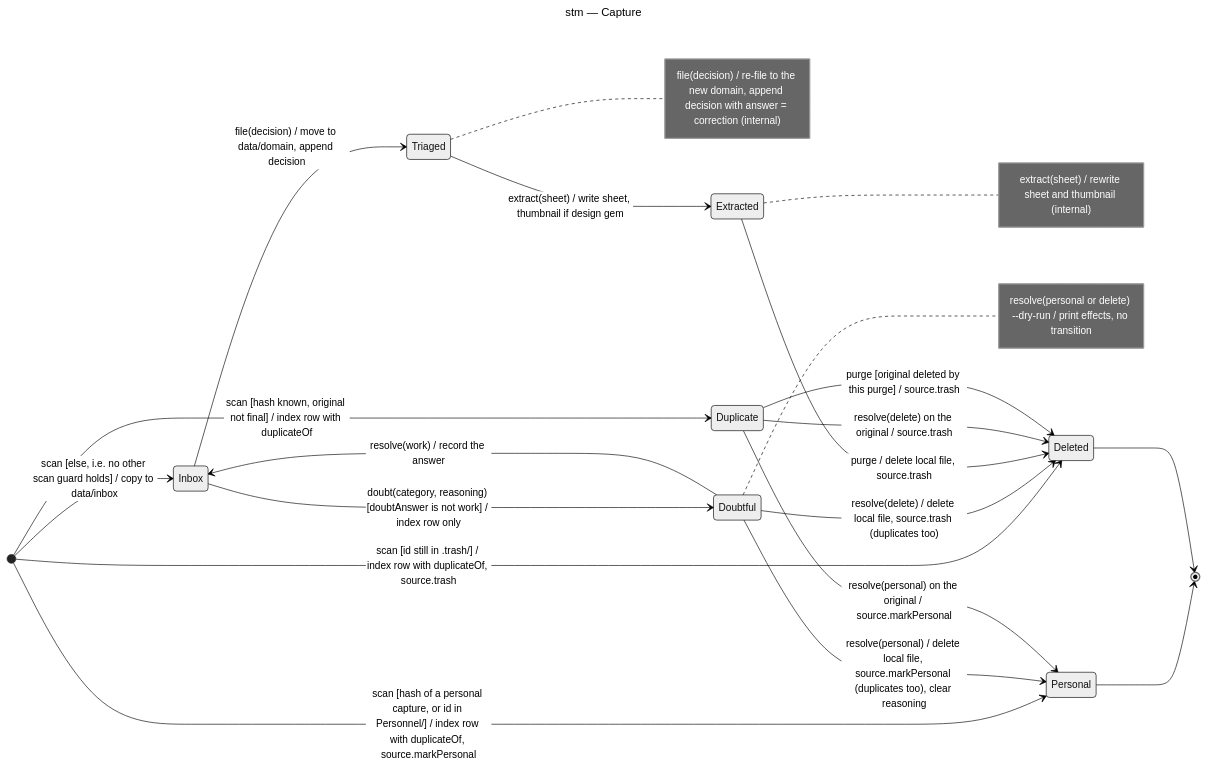
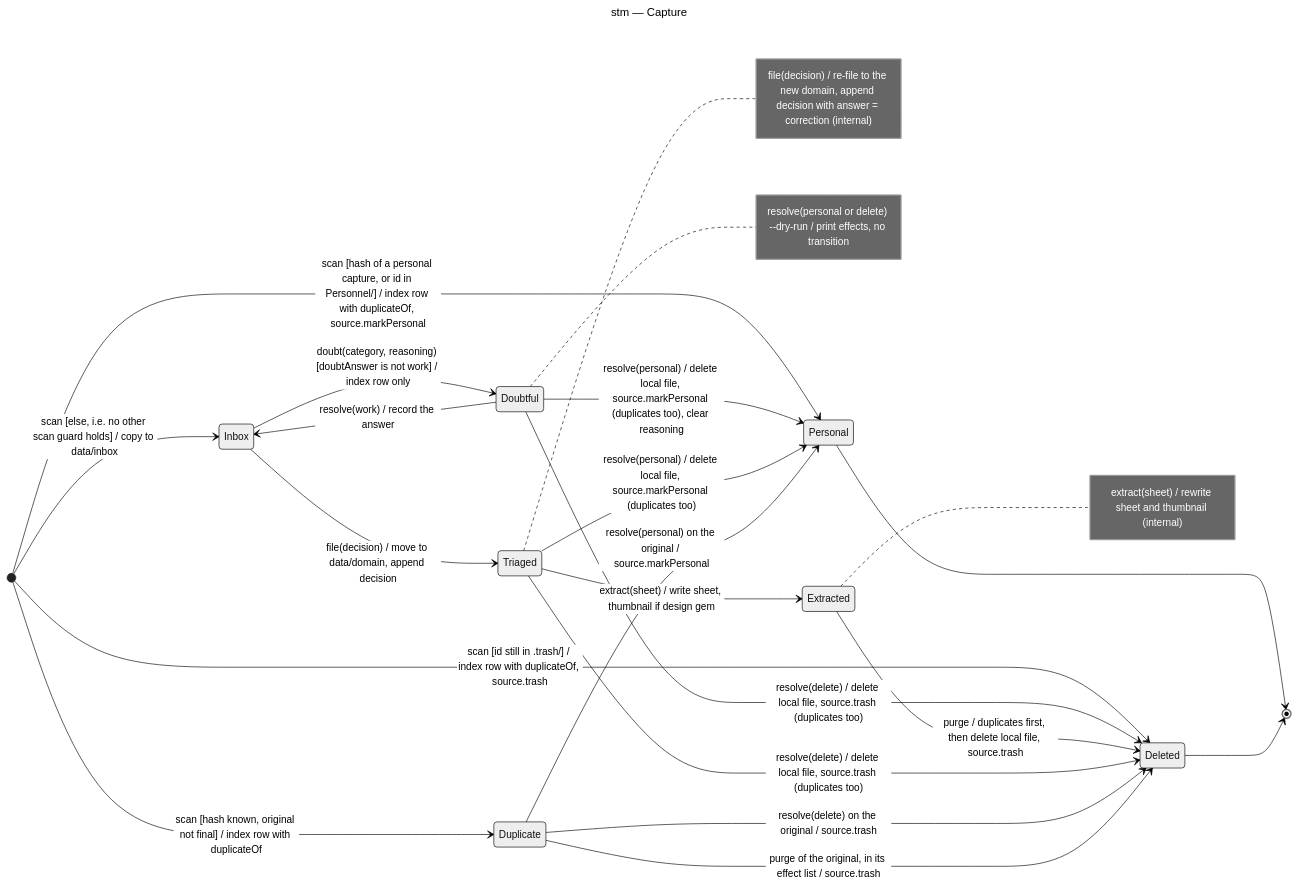
One commit to benoit-bremaud/screenshot-triage changed the diagram in docs/architecture/diagrams/triage/05-state-capture.md. Above: the diagram before and after it, drawn with Mermaid (neutral theme). The commit also changed other lines of this file and 12 other files, not shown here.

First line of the commit message:
docs(extract/architecture): fix review round 1 findings

````diff
--- a/docs/architecture/diagrams/triage/05-state-capture.md
+++ b/docs/architecture/diagrams/triage/05-state-capture.md
@@ -13,32 +13,34 @@
 ```mermaid
 ---
 title: stm — Capture
 ---
 stateDiagram-v2
   direction LR
   [*] --> Inbox: scan [else, i.e. no other scan guard holds] / copy to data/inbox
   [*] --> Duplicate: scan [hash known, original not final] / index row with duplicateOf
   [*] --> Personal: scan [hash of a personal capture, or id in Personnel/] / index row with duplicateOf, source.markPersonal
   [*] --> Deleted: scan [id still in .trash/] / index row with duplicateOf, source.trash
   Inbox --> Triaged: file(decision) / move to data/domain, append decision
   Inbox --> Doubtful: doubt(category, reasoning) [doubtAnswer is not work] / index row only
   Doubtful --> Inbox: resolve(work) / record the answer
   Doubtful --> Personal: resolve(personal) / delete local file, source.markPersonal (duplicates too), clear reasoning
   Doubtful --> Deleted: resolve(delete) / delete local file, source.trash (duplicates too)
   Triaged --> Extracted: extract(sheet) / write sheet, thumbnail if design gem
-  Extracted --> Deleted: purge / delete local file, source.trash
+  Extracted --> Deleted: purge / duplicates first, then delete local file, source.trash
+  Triaged --> Personal: resolve(personal) / delete local file, source.markPersonal (duplicates too)
+  Triaged --> Deleted: resolve(delete) / delete local file, source.trash (duplicates too)
   Duplicate --> Personal: resolve(personal) on the original / source.markPersonal
   Duplicate --> Deleted: resolve(delete) on the original / source.trash
-  Duplicate --> Deleted: purge [original deleted by this purge] / source.trash
+  Duplicate --> Deleted: purge of the original, in its effect list / source.trash
   Personal --> [*]
   Deleted --> [*]
   note right of Triaged
     file(decision) / re-file to the new domain, append decision with answer = correction (internal)
   end note
   note right of Extracted
     extract(sheet) / rewrite sheet and thumbnail (internal)
   end note
   note right of Doubtful
     resolve(personal or delete) --dry-run / print effects, no transition
   end note
 ```
````
